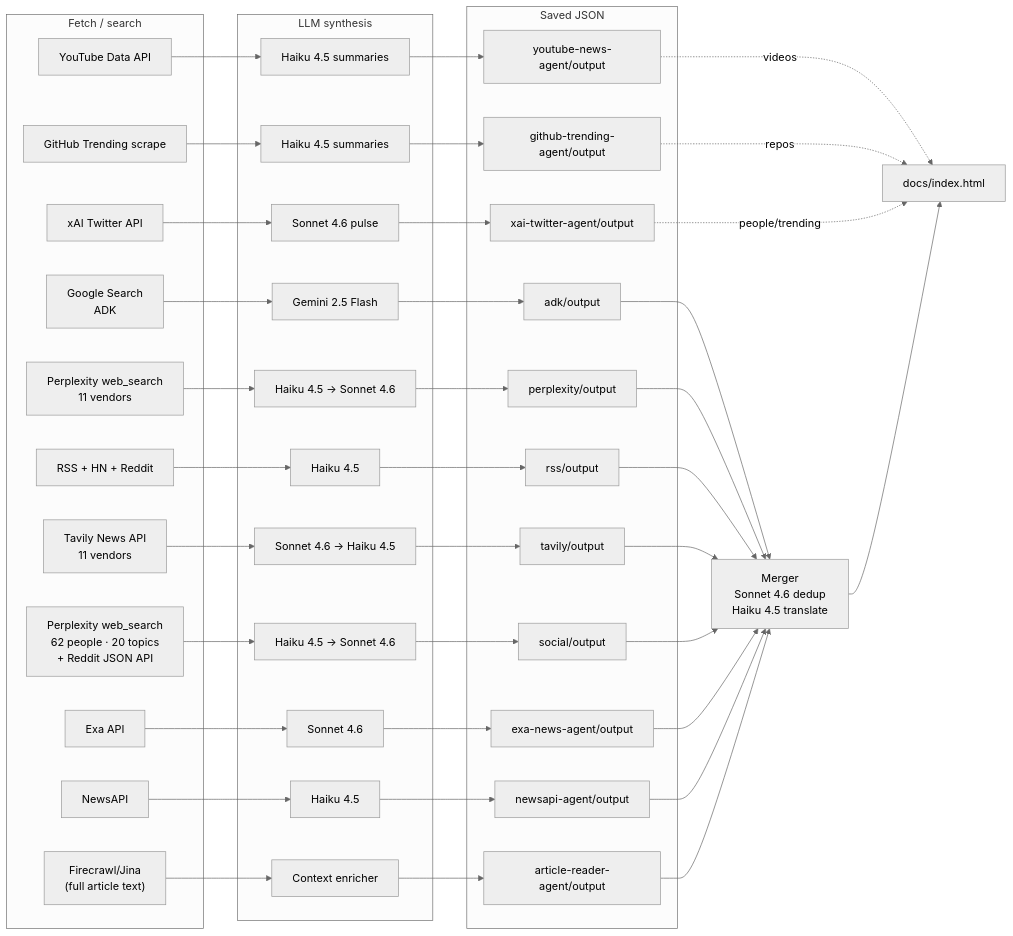
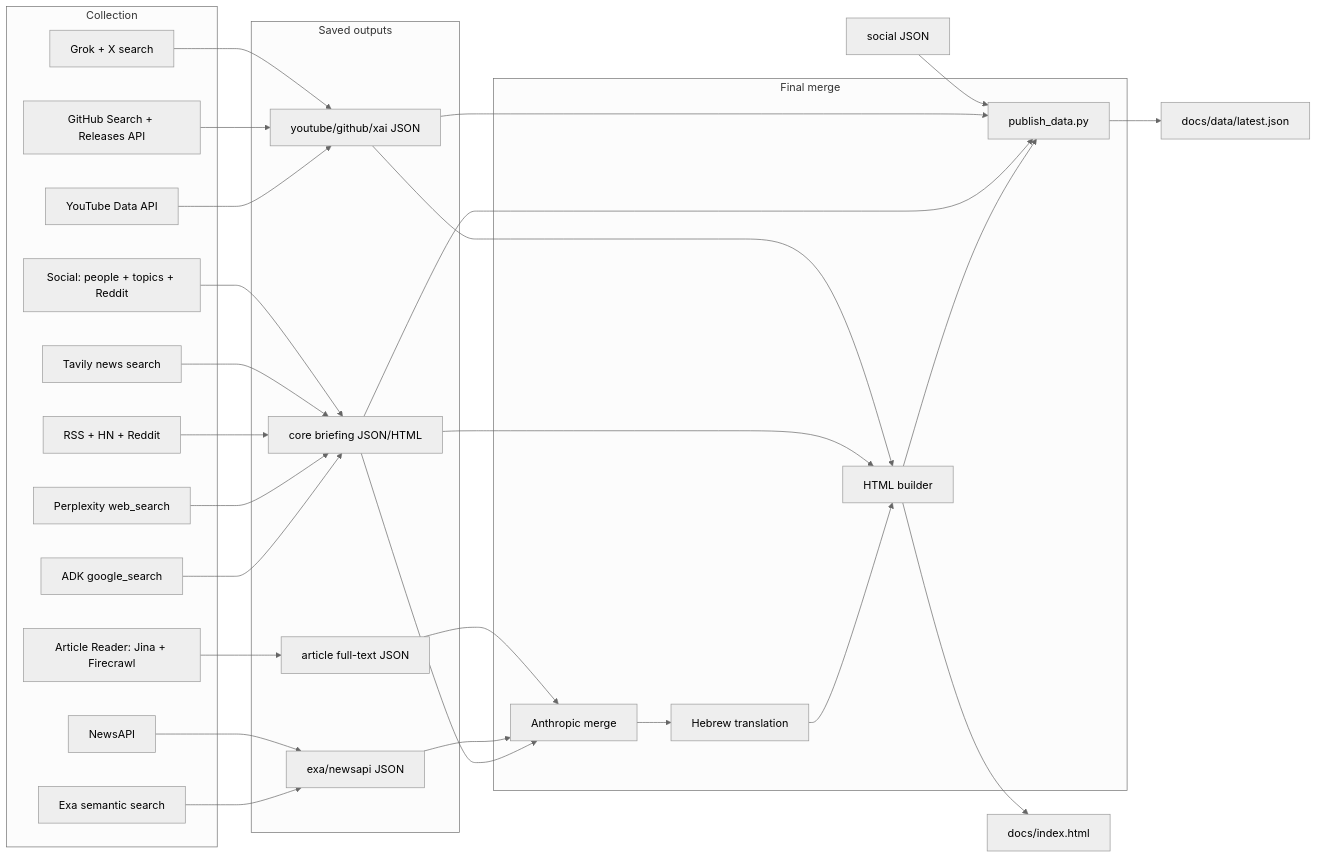
The second of 15 diagrams in README.md (kobyal/ai-news-briefing), drawn with Mermaid (neutral theme) before and after one commit. The commit also changed other lines of this file, not shown here.

Commit message:
docs: rewrite README for current 11-agent architecture

````diff
--- a/README.md
+++ b/README.md
@@ -100,62 +109,57 @@
 ```mermaid
 flowchart LR
-    subgraph fetch["Fetch / search"]
-        S1["Google Search\nADK"]
-        S2["Perplexity web_search\n11 vendors"]
-        S3["RSS + HN + Reddit"]
-        S4["Tavily News API\n11 vendors"]
-        S5["Perplexity web_search\n62 people · 20 topics\n+ Reddit JSON API"]
-        S6["Exa API"]
-        S7["NewsAPI"]
-        S8["YouTube Data API"]
-        S9["GitHub Trending scrape"]
-        S10["xAI Twitter API"]
-        S11["Firecrawl/Jina\n(full article text)"]
+    subgraph collect["Collection"]
+        A1["ADK google_search"]
+        A2["Perplexity web_search"]
+        A3["RSS + HN + Reddit"]
+        A4["Tavily news search"]
+        A5["Social: people + topics + Reddit"]
+        A6["Exa semantic search"]
+        A7["NewsAPI"]
+        A8["YouTube Data API"]
+        A9["GitHub Search + Releases API"]
+        A10["Grok + X search"]
+        A11["Article Reader: Jina + Firecrawl"]
     end
 
-    subgraph llm["LLM synthesis"]
-        L1["Gemini 2.5 Flash"]
-        L2["Haiku 4.5 → Sonnet 4.6"]
-        L3["Haiku 4.5"]
-        L4["Sonnet 4.6 → Haiku 4.5"]
-        L5["Haiku 4.5 → Sonnet 4.6"]
-        L6["Sonnet 4.6"]
-        L7["Haiku 4.5"]
-        L8["Haiku 4.5 summaries"]
-        L9["Haiku 4.5 summaries"]
-        L10["Sonnet 4.6 pulse"]
-        L11["Context enricher"]
+    subgraph save["Saved outputs"]
+        J1["core briefing JSON/HTML"]
+        J2["exa/newsapi JSON"]
+        J3["youtube/github/xai JSON"]
+        J4["article full-text JSON"]
     end
 
-    subgraph outputs["Saved JSON"]
-        J1["adk/output"]
-        J2["perplexity/output"]
-        J3["rss/output"]
-        J4["tavily/output"]
-        J5["social/output"]
-        J6["exa-news-agent/output"]
-        J7["newsapi-agent/output"]
-        J8["youtube-news-agent/output"]
-        J9["github-trending-agent/output"]
-        J10["xai-twitter-agent/output"]
-        J11["article-reader-agent/output"]
+    subgraph merge["Final merge"]
+        M1["Anthropic merge"]
+        M2["Hebrew translation"]
+        M3["HTML builder"]
+        M4["publish_data.py"]
     end
 
-    S1 --> L1 --> J1
-    S2 --> L2 --> J2
-    S3 --> L3 --> J3
-    S4 --> L4 --> J4
-    S5 --> L5 --> J5
-    S6 --> L6 --> J6
-    S7 --> L7 --> J7
-    S8 --> L8 --> J8
-    S9 --> L9 --> J9
-    S10 --> L10 --> J10
-    S11 --> L11 --> J11
+    A1 --> J1
+    A2 --> J1
+    A3 --> J1
+    A4 --> J1
+    A5 --> J1
+    A6 --> J2
+    A7 --> J2
+    A8 --> J3
+    A9 --> J3
+    A10 --> J3
+    A11 --> J4
 
-    J1 & J2 & J3 & J4 & J5 & J6 & J7 & J11 --> MRG["Merger\nSonnet 4.6 dedup\nHaiku 4.5 translate"]
-    J8 -. videos .-> OUT["docs/index.html"]
-    J9 -. repos .-> OUT
-    J10 -. people/trending .-> OUT
-    MRG --> OUT
+    J1 --> M1
+    J2 --> M1
+    J4 --> M1
+    M1 --> M2
+    M2 --> M3
+    J1 --> M3
+    J3 --> M3
+    M3 --> O1["docs/index.html"]
+
+    M3 --> M4
+    J1 --> M4
+    J3 --> M4
+    O2["social JSON"] --> M4
+    M4 --> O3["docs/data/latest.json"]
 ```
````
